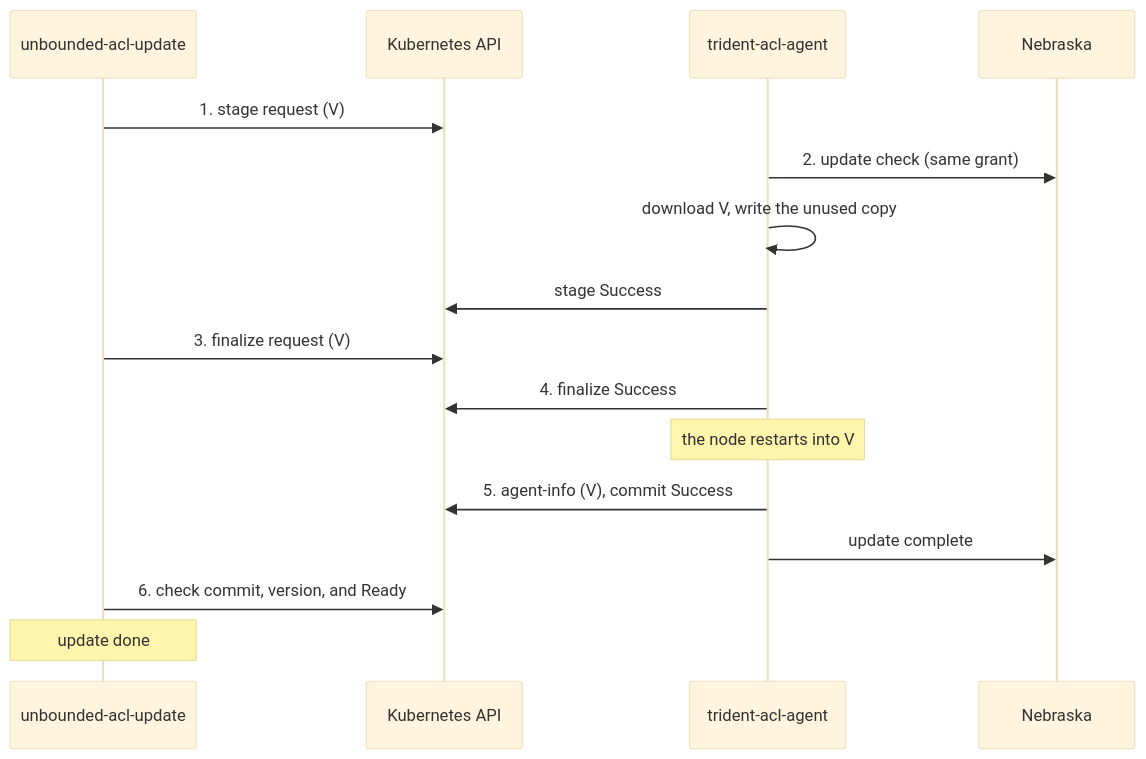
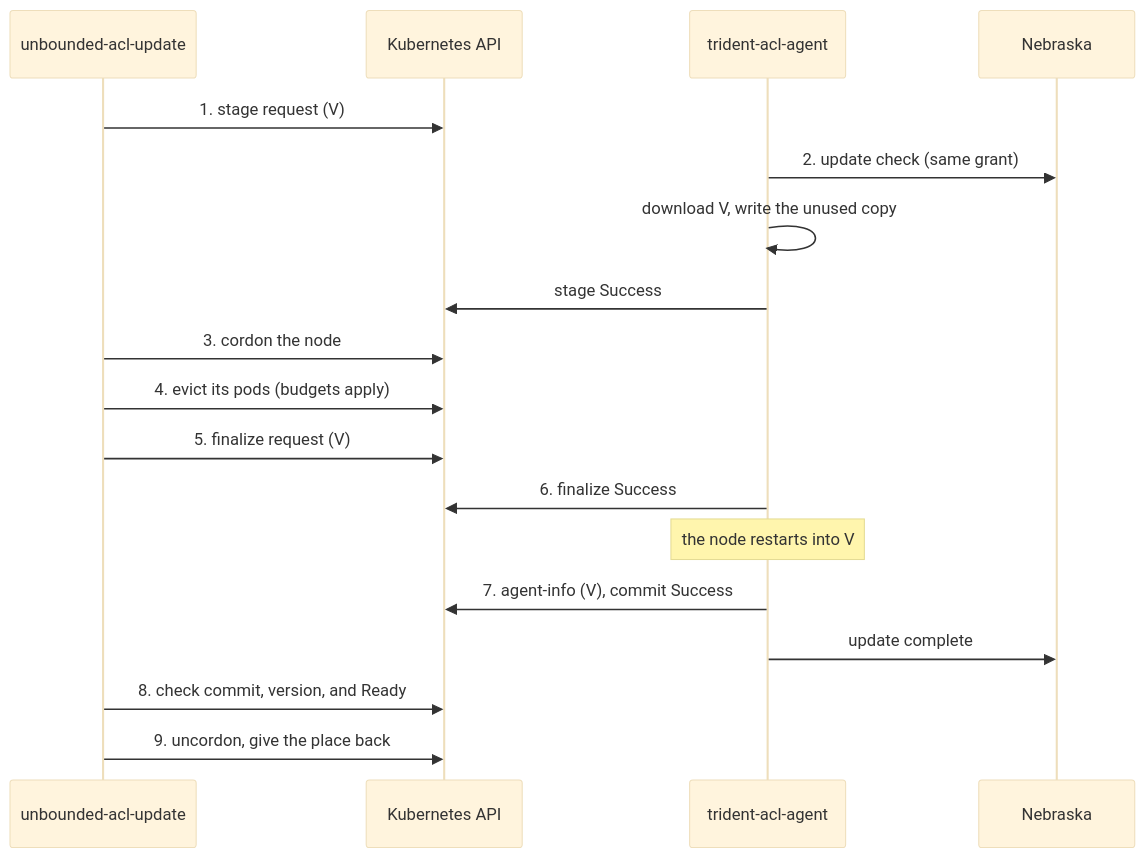
The fifth of 6 diagrams in designs/unbounded-acl-update.md (Azure/unbounded), drawn with Mermaid (base theme) before and after one commit. The commit also changed other lines of this file, not shown here.

````diff
--- a/designs/unbounded-acl-update.md
+++ b/designs/unbounded-acl-update.md
@@ -356,19 +455,21 @@
 ```mermaid
 sequenceDiagram
     participant Service as unbounded-acl-update
     participant API as Kubernetes API
     participant Agent as trident-acl-agent
     participant Nebraska
 
     Service->>API: 1. stage request (V)
     Agent->>Nebraska: 2. update check (same grant)
     Agent->>Agent: download V, write the unused copy
     Agent->>API: stage Success
-    Service->>API: 3. finalize request (V)
-    Agent->>API: 4. finalize Success
+    Service->>API: 3. cordon the node
+    Service->>API: 4. evict its pods (budgets apply)
+    Service->>API: 5. finalize request (V)
+    Agent->>API: 6. finalize Success
     Note over Agent: the node restarts into V
-    Agent->>API: 5. agent-info (V), commit Success
+    Agent->>API: 7. agent-info (V), commit Success
     Agent->>Nebraska: update complete
-    Service->>API: 6. check commit, version, and Ready
-    Note over Service: update done
+    Service->>API: 8. check commit, version, and Ready
+    Service->>API: 9. uncordon, give the place back
 ```
````
